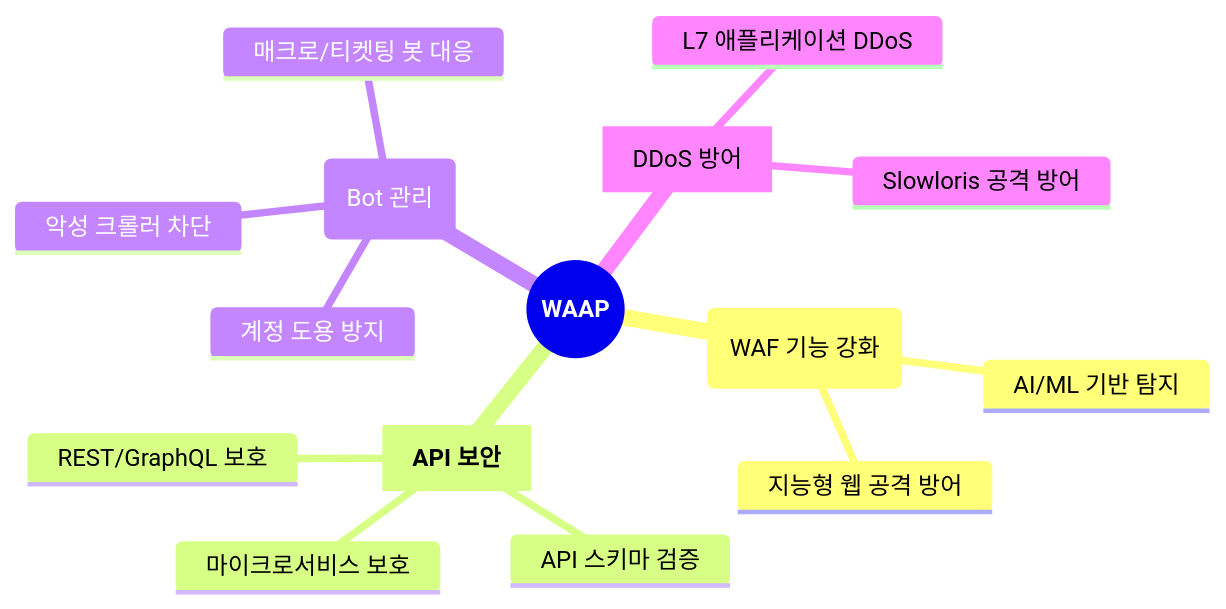
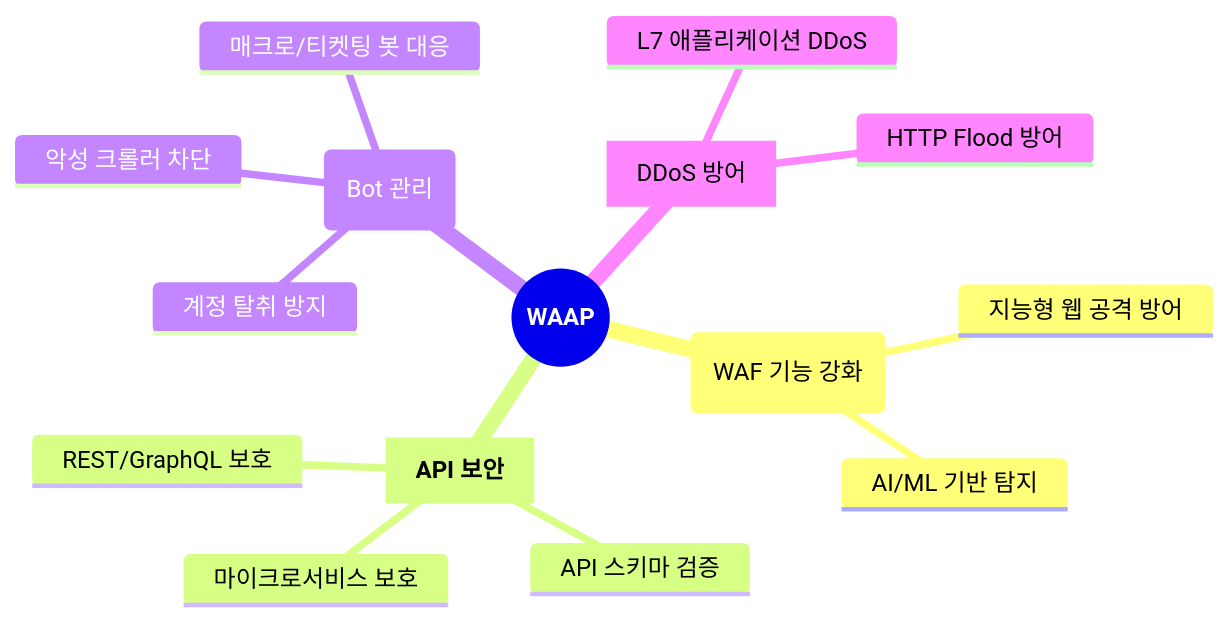
One commit to chj90/waf changed the tenth of 11 diagrams in waf.md. Above: the diagram before and after it, drawn with Mermaid. The commit also changed other lines of this file, not shown here.

````diff
--- a/waf.md
+++ b/waf.md
@@ -117,18 +367,18 @@
 ```mermaid
 mindmap
   root((**WAAP**))
     (WAF 기능 강화)
       지능형 웹 공격 방어
       AI/ML 기반 탐지
     [**API 보안**]
       REST/GraphQL 보호
       API 스키마 검증
       마이크로서비스 보호
     (Bot 관리)
       악성 크롤러 차단
       매크로/티켓팅 봇 대응
-      계정 도용 방지
+      계정 탈취 방지
     [DDoS 방어]
       L7 애플리케이션 DDoS
-      Slowloris 공격 방어
+      HTTP Flood 방어
 ```
````
